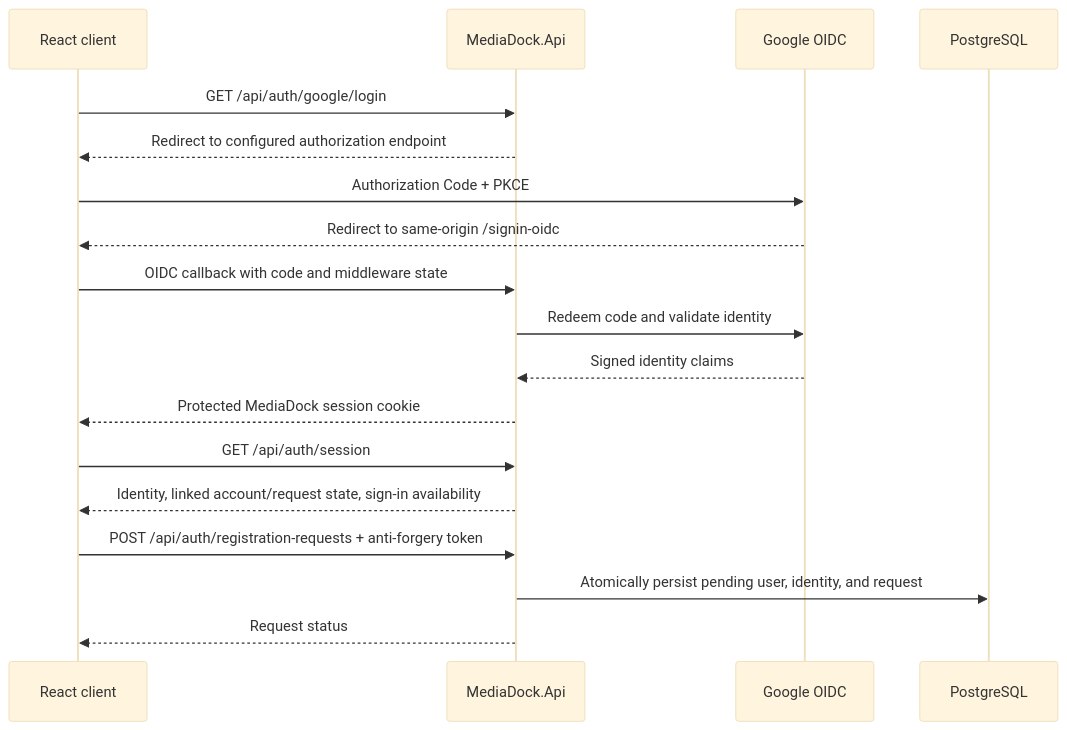
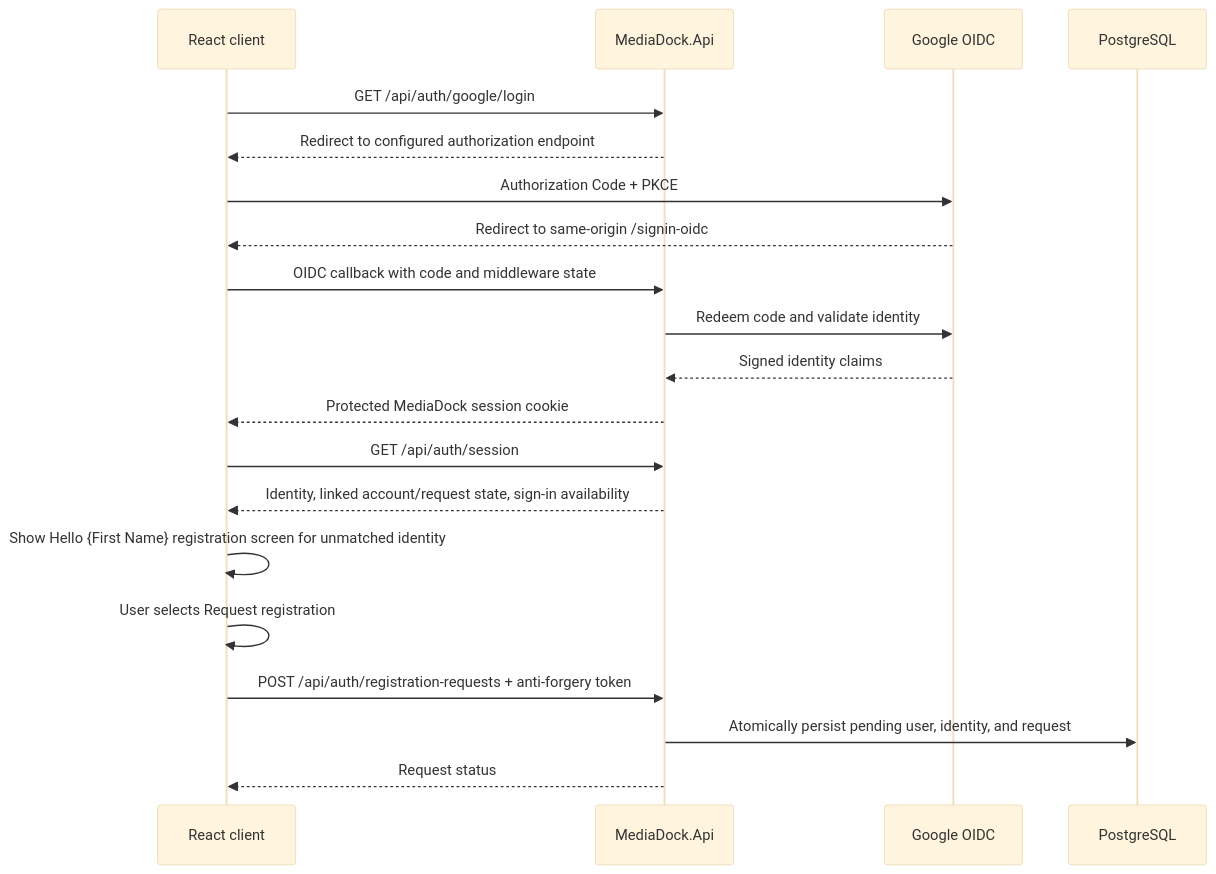
The third of 5 diagrams in docs/ai/ARCHITECTURE.md (ValeriDublekov/MediaDock2.0), drawn with Mermaid (base theme) before and after one commit. The commit also changed other lines of this file and 7 other files, not shown here.

````diff
--- a/docs/ai/ARCHITECTURE.md
+++ b/docs/ai/ARCHITECTURE.md
@@ -53,20 +53,22 @@
 ```mermaid
 sequenceDiagram
     participant Browser as React client
     participant Api as MediaDock.Api
     participant Google as Google OIDC
     participant Db as PostgreSQL
     Browser->>Api: GET /api/auth/google/login
     Api-->>Browser: Redirect to configured authorization endpoint
     Browser->>Google: Authorization Code + PKCE
     Google-->>Browser: Redirect to same-origin /signin-oidc
     Browser->>Api: OIDC callback with code and middleware state
     Api->>Google: Redeem code and validate identity
     Google-->>Api: Signed identity claims
     Api-->>Browser: Protected MediaDock session cookie
     Browser->>Api: GET /api/auth/session
     Api-->>Browser: Identity, linked account/request state, sign-in availability
+    Browser->>Browser: Show Hello {First Name} registration screen for unmatched identity
+    Browser->>Browser: User selects Request registration
     Browser->>Api: POST /api/auth/registration-requests + anti-forgery token
     Api->>Db: Atomically persist pending user, identity, and request
     Api-->>Browser: Request status
 ```
````
